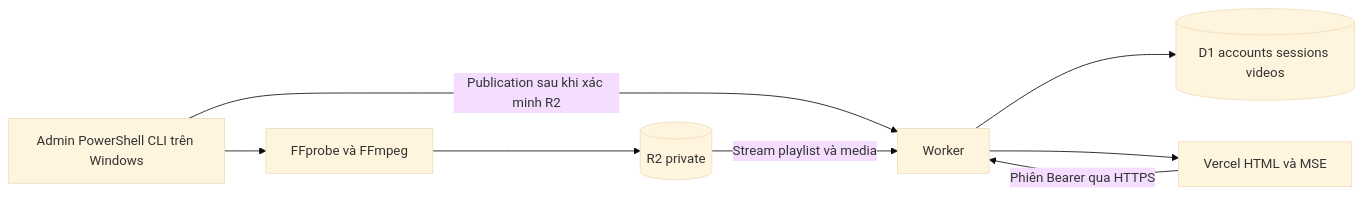
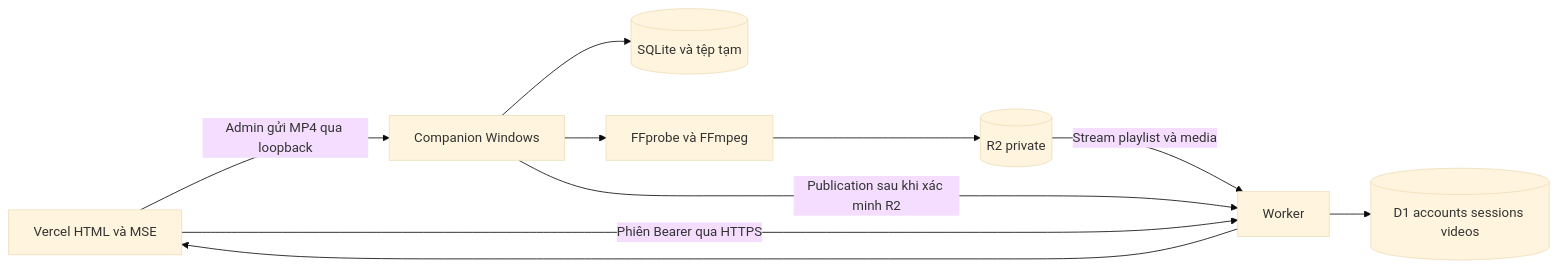
The first of 3 diagrams in docs/ARCHITECTURE.md (justarandomguy2712/HLS_Streaming_Video), drawn with Mermaid (base theme) before and after one commit. The commit also changed other lines of this file and 30 other files, not shown here.

````diff
--- a/docs/ARCHITECTURE.md
+++ b/docs/ARCHITECTURE.md
@@ -7,10 +7,12 @@
 ```mermaid
 flowchart LR
-    A[Admin PowerShell CLI trên Windows] --> F[FFprobe và FFmpeg]
+    V[Vercel HTML và MSE] -->|Admin gửi MP4 qua loopback| A[Companion Windows]
+    A --> S[(SQLite và tệp tạm)]
+    A --> F[FFprobe và FFmpeg]
     F --> R[(R2 private)]
     A -->|Publication sau khi xác minh R2| W[Worker]
-    V[Vercel HTML và MSE] -->|Phiên Bearer qua HTTPS| W
+    V -->|Phiên Bearer qua HTTPS| W
     W --> D[(D1 accounts sessions videos)]
     R -->|Stream playlist và media| W
     W --> V
 ```
````
